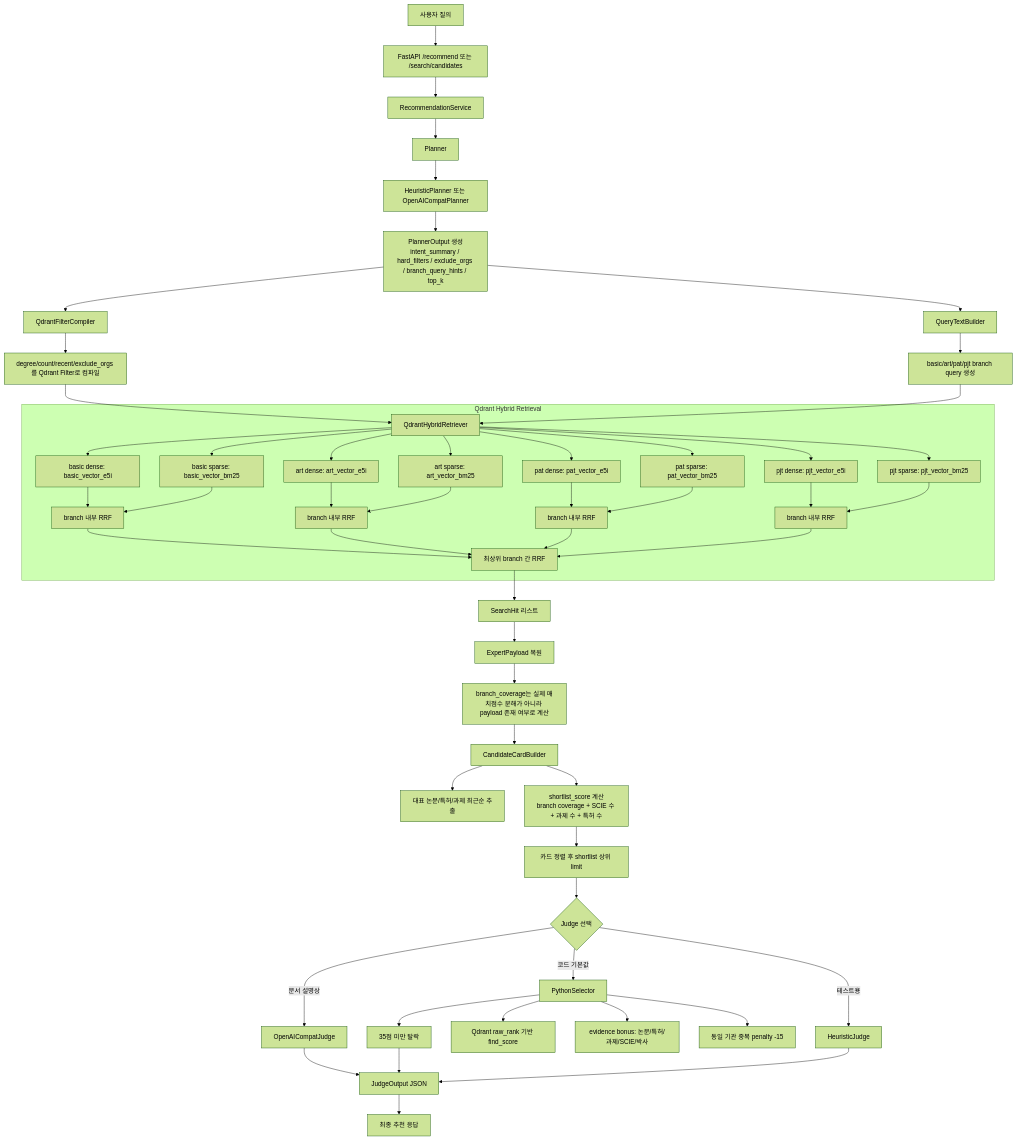
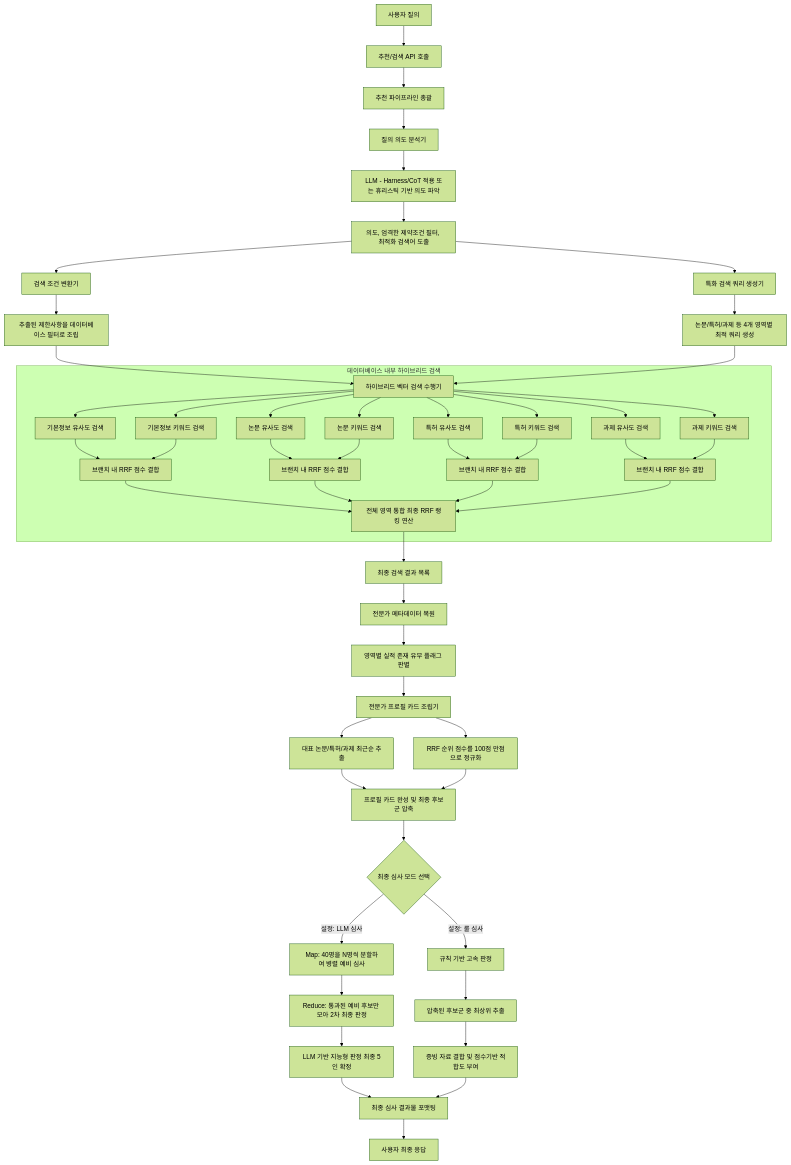
Before and after one commit to jusenglee/expert-match-api: the first of 2 diagrams in docs/expert_recommendation_code_based_diagrams.md, drawn with Mermaid (forest theme). The commit also changed other lines of this file and 14 other files, not shown here.

Commit message:
feat: initialize expert recommendation system with core services, API playground, and project documentation

````diff
--- a/docs/expert_recommendation_code_based_diagrams.md
+++ b/docs/expert_recommendation_code_based_diagrams.md
@@ -5,70 +5,69 @@
 ```mermaid
 graph TD
-    U[사용자 질의] --> API[FastAPI /recommend 또는 /search/candidates]
-    API --> SVC[RecommendationService]
+    U[사용자 질의] --> API[추천/검색 API 호출]
+    API --> SVC[추천 파이프라인 총괄]
 
-    SVC --> P[Planner]
-    P --> P1[HeuristicPlanner 또는 OpenAICompatPlanner]
-    P1 --> P2[PlannerOutput 생성<br/>intent_summary / hard_filters / exclude_orgs / branch_query_hints / top_k]
+    SVC --> P[질의 의도 분석기]
+    P --> P1[LLM - Harness/CoT 적용 또는 휴리스틱 기반 의도 파악]
+    P1 --> P2[의도, 엄격한 제약조건 필터, 최적화 검색어 도출]
+    
+    P2 --> F[검색 조건 변환기]
+    F --> F1[추출된 제한사항을 데이터베이스 필터로 조립]
 
-    P2 --> F[QdrantFilterCompiler]
-    F --> F1[degree/count/recent/exclude_orgs 를 Qdrant Filter로 컴파일]
+    P2 --> QB[특화 검색 쿼리 생성기]
+    QB --> QB1[논문/특허/과제 등 4개 영역별 최적 쿼리 생성]
 
-    P2 --> QB[QueryTextBuilder]
-    QB --> QB1[basic/art/pat/pjt branch query 생성]
-
-    F1 --> R[QdrantHybridRetriever]
+    F1 --> R[하이브리드 벡터 검색 수행기]
     QB1 --> R
 
-    subgraph Q[Qdrant Hybrid Retrieval]
-        R --> D1[basic dense: basic_vector_e5i]
-        R --> S1[basic sparse: basic_vector_bm25]
-        D1 --> RRF1[branch 내부 RRF]
+    subgraph Q[데이터베이스 내부 하이브리드 검색]
+        R --> D1[기본정보 유사도 검색]
+        R --> S1[기본정보 키워드 검색]
+        D1 --> RRF1[브랜치 내 RRF 점수 결합]
         S1 --> RRF1
 
-        R --> D2[art dense: art_vector_e5i]
-        R --> S2[art sparse: art_vector_bm25]
-        D2 --> RRF2[branch 내부 RRF]
+        R --> D2[논문 유사도 검색]
+        R --> S2[논문 키워드 검색]
+        D2 --> RRF2[브랜치 내 RRF 점수 결합]
         S2 --> RRF2
 
-        R --> D3[pat dense: pat_vector_e5i]
-        R --> S3[pat sparse: pat_vector_bm25]
-        D3 --> RRF3[branch 내부 RRF]
+        R --> D3[특허 유사도 검색]
+        R --> S3[특허 키워드 검색]
+        D3 --> RRF3[브랜치 내 RRF 점수 결합]
         S3 --> RRF3
 
-        R --> D4[pjt dense: pjt_vector_e5i]
-        R --> S4[pjt sparse: pjt_vector_bm25]
-        D4 --> RRF4[branch 내부 RRF]
+        R --> D4[과제 유사도 검색]
+        R --> S4[과제 키워드 검색]
+        D4 --> RRF4[브랜치 내 RRF 점수 결합]
         S4 --> RRF4
 
-        RRF1 --> RRF_TOP[최상위 branch 간 RRF]
+        RRF1 --> RRF_TOP[전체 영역 통합 최종 RRF 랭킹 연산]
         RRF2 --> RRF_TOP
         RRF3 --> RRF_TOP
         RRF4 --> RRF_TOP
     end
 
-    RRF_TOP --> H[SearchHit 리스트]
-    H --> H1[ExpertPayload 복원]
-    H1 --> H2[branch_coverage는 실제 매치점수 분해가 아니라 payload 존재 여부로 계산]
+    RRF_TOP --> H[최종 검색 결과 목록]
+    H --> H1[전문가 메타데이터 복원]
+    H1 --> H2[영역별 실적 존재 유무 플래그 판별]
 
-    H2 --> C[CandidateCardBuilder]
+    H2 --> C[전문가 프로필 카드 조립기]
     C --> C1[대표 논문/특허/과제 최근순 추출]
-    C --> C2[shortlist_score 계산<br/>branch coverage + SCIE 수 + 과제 수 + 특허 수]
-    C2 --> C3[카드 정렬 후 shortlist 상위 limit]
+    C --> C2[RRF 순위 점수를 100점 만점으로 정규화]
+    C1 --> C3[프로필 카드 완성 및 최종 후보군 압축]
+    C2 --> C3
 
-    C3 --> J{Judge 선택}
-    J -->|문서 설명상| JL[OpenAICompatJudge]
-    J -->|코드 기본값| JP[PythonSelector]
-    J -->|테스트용| JH[HeuristicJudge]
+    C3 --> J{최종 심사 모드 선택}
+    J -->|설정: LLM 심사| J_MAP[Map: 40명을 N명씩 분할하여 병렬 예비 심사]
+    J_MAP --> J_RED[Reduce: 통과된 예비 후보만 모아 2차 최종 판정]
+    J_RED --> JL[LLM 기반 지능형 판정 최종 5인 확정]
+    J -->|설정: 룰 심사| JH[규칙 기반 고속 판정]
 
-    JP --> JP1[Qdrant raw_rank 기반 find_score]
-    JP --> JP2[evidence bonus: 논문/특허/과제/SCIE/박사]
-    JP --> JP3[동일 기관 중복 penalty -15]
-    JP --> JP4[35점 미만 탈락]
+    JH --> JH1[압축된 후보군 중 최상위 추출]
+    JH1 --> JH2[증빙 자료 결합 및 점수기반 적합도 부여]
 
-    JL --> O1[JudgeOutput JSON]
-    JP4 --> O1
-    JH --> O1
-
-    O1 --> RESP[최종 추천 응답]
+    JL --> O1[최종 심사 결과물 포맷팅]
+    JH2 --> O1
+    
+    O1 --> RESP[사용자 최종 응답]
 ```
````
